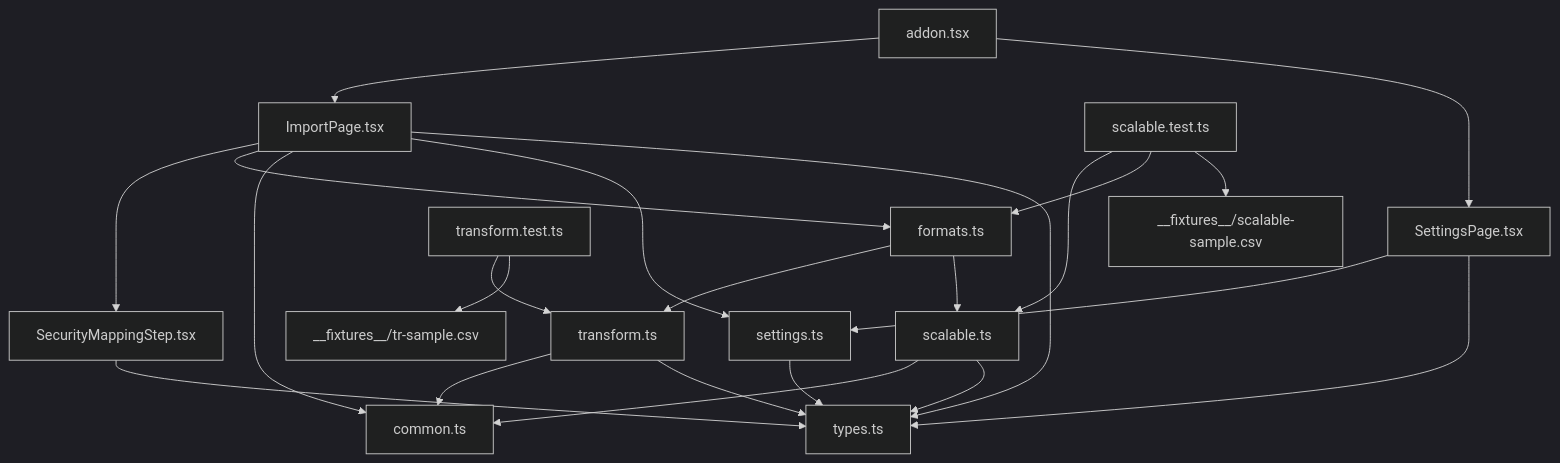
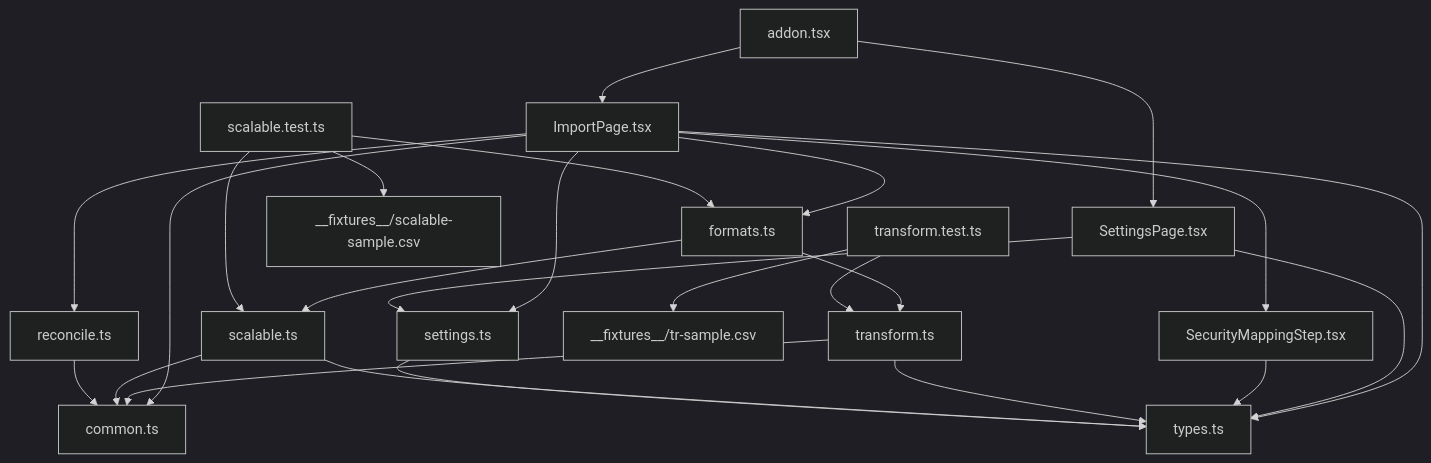
Before and after one commit to waldonso2/wealthfolio-importer-addon: the second of 6 diagrams in docs/ARCHITECTURE.md, drawn with Mermaid (dark theme). The commit also changed other lines of this file and 11 other files, not shown here.

````diff
--- a/docs/ARCHITECTURE.md
+++ b/docs/ARCHITECTURE.md
@@ -123,25 +125,27 @@
 ```mermaid
 flowchart TD
     addon[addon.tsx] --> IP[ImportPage.tsx]
     addon --> SP[SettingsPage.tsx]
     IP --> SMS[SecurityMappingStep.tsx]
     IP --> FO[formats.ts]
     IP --> CM[common.ts]
     FO --> TR[transform.ts]
     FO --> SC[scalable.ts]
     TR --> CM
     SC --> CM
     IP --> ST[settings.ts]
     SP --> ST
     IP --> TY[types.ts]
     SP --> TY
     SMS --> TY
     TR --> TY
     SC --> TY
     ST --> TY
     TEST[transform.test.ts] --> TR
     TEST --> FIX[__fixtures__/tr-sample.csv]
     TEST2[scalable.test.ts] --> SC
     TEST2 --> FO
     TEST2 --> FIX2[__fixtures__/scalable-sample.csv]
+    IP --> RC[reconcile.ts]
+    RC --> CM
 ```
````
